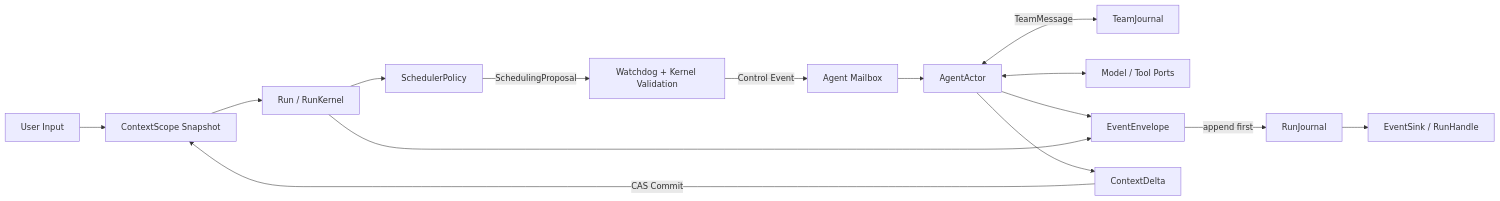
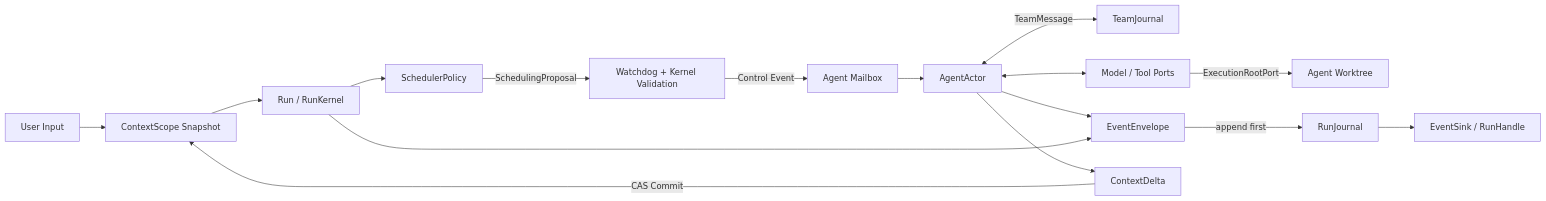
One commit to Haiyang-Bian/bottled-water changed the diagram in docs/runtime/architecture.md. Above: the diagram before and after it, drawn with Mermaid. The commit also changed other lines of this file and 4 other files, not shown here.

````diff
--- a/docs/runtime/architecture.md
+++ b/docs/runtime/architecture.md
@@ -35,17 +35,18 @@
 ```mermaid
 flowchart LR
     U["User Input"] --> C["ContextScope Snapshot"]
     C --> R["Run / RunKernel"]
     R --> P["SchedulerPolicy"]
     P -->|"SchedulingProposal"| W["Watchdog + Kernel Validation"]
     W -->|"Control Event"| M["Agent Mailbox"]
     M --> A["AgentActor"]
     A <-->|"TeamMessage"| T["TeamJournal"]
     A <--> X["Model / Tool Ports"]
+    X -->|"ExecutionRootPort"| G["Agent Worktree"]
     A --> E["EventEnvelope"]
     R --> E
     E -->|"append first"| J["RunJournal"]
     J --> S["EventSink / RunHandle"]
     A --> D["ContextDelta"]
     D -->|"CAS Commit"| C
 ```
````
